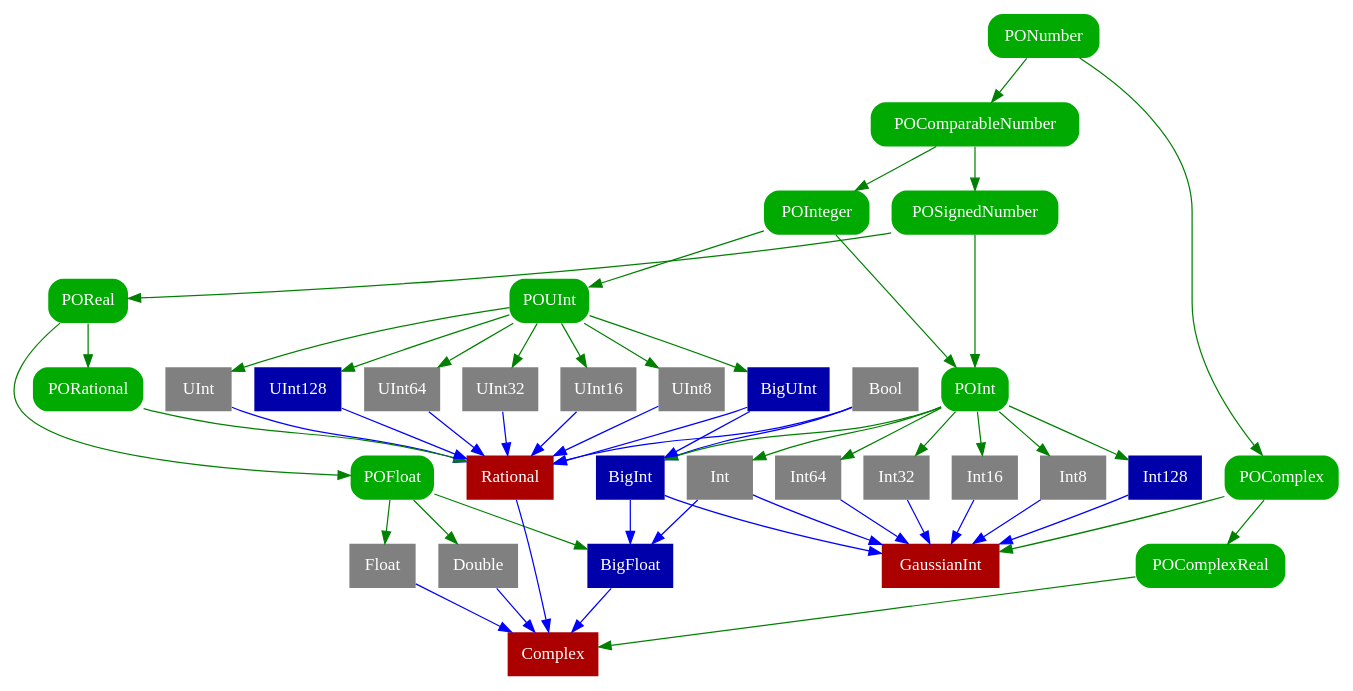
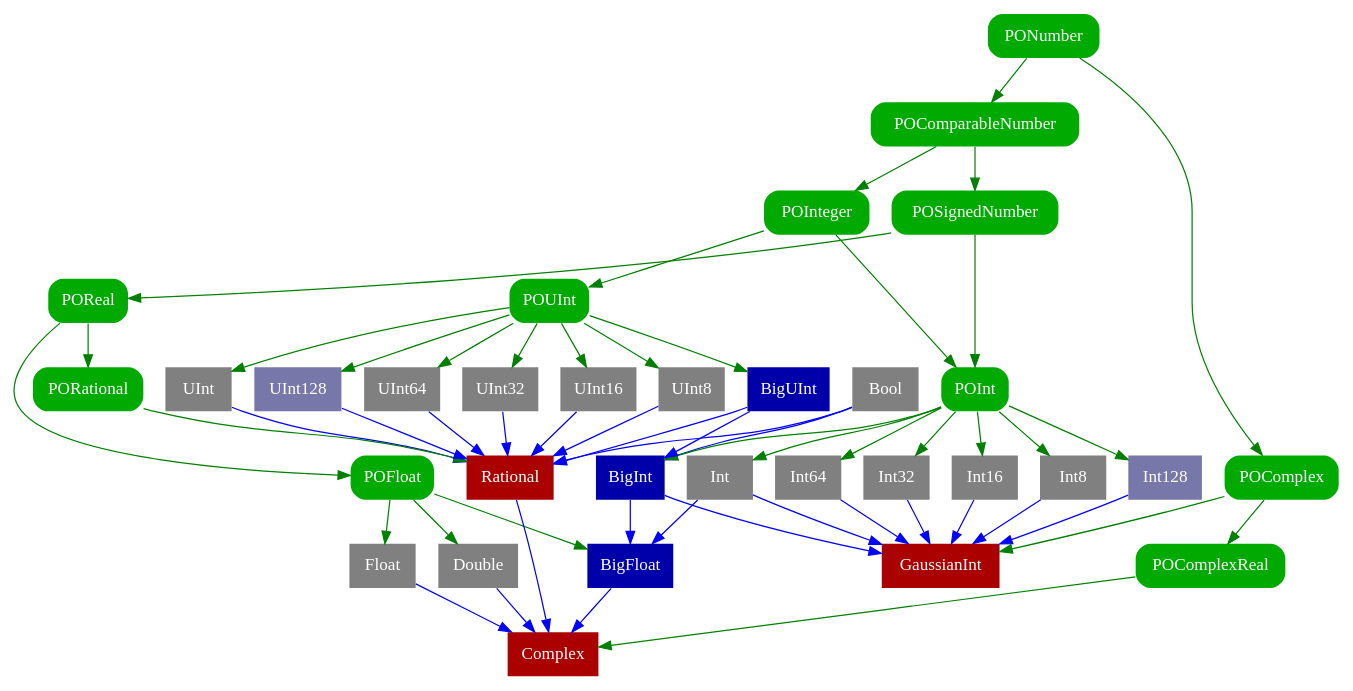
The diagram in graph/typetree.dot (dankogai/swift2-pons), drawn with Graphviz before and after one commit. The commit also changed 4 other files, not shown here.

Commit message:
cleanup .isprime; update graph

```diff
--- a/graph/typetree.dot
+++ b/graph/typetree.dot
@@ -1,79 +1,81 @@
 digraph typetree {
   node [
     shape = box
     style = "filled, rounded"
     peripheries = 0
     fontname = "San Francisco"
     fontcolor = white
     fillcolor = "#aaaaaa"
   ]
   edge [
      color = green
   ]
   node [ fillcolor = gray style = "filled"]
   Bool
   Int64 Int32 Int16 Int8 Int UInt64 UInt32 UInt16 UInt8 UInt
   Double Float
   node [ fillcolor = "#00aa00" style = "filled, rounded"]
   PONumber POComparableNumber POSignedNumber POInteger
   POUInt POInt POReal POFloat POComplex POComplexReal PORational
   node [ fillcolor = "#0000aa" style="filled"]
-  BigUInt BigInt BigFloat UInt128 Int128
+  BigUInt BigInt BigFloat
+  node [ fillcolor = "#7777aa" style="filled"]
+  UInt128 Int128
   node [ fillcolor = "#aa0000" style="filled"]
   GaussianInt Complex Rational
 
   BigFloat -> Complex  [ color = blue ]
   BigInt -> BigFloat [ color = blue ]
   BigInt -> GaussianInt [ color = blue ]
   BigUInt -> BigInt [ color = blue ]
   BigUInt -> Rational [ color = blue ]
   Bool -> BigInt [ color = blue ]
   Bool -> Rational [ color = blue ]
   Double -> Complex  [ color = blue ]
   Float -> Complex  [ color = blue ]
   Int -> BigFloat [ color = blue ]
   Int -> GaussianInt [ color = blue ]
   Int128 -> GaussianInt [ color = blue ]
   Int16 -> GaussianInt [ color = blue ]
   Int32 -> GaussianInt [ color = blue ]
   Int64 -> GaussianInt [ color = blue ]
   Int8 -> GaussianInt [ color = blue ]
   POComparableNumber -> POInteger
   POComparableNumber -> POSignedNumber
   POComplex -> GaussianInt
   POComplex -> POComplexReal
   POComplexReal -> Complex
   POFloat -> BigFloat
   POFloat -> Double
   POFloat -> Float
   POInt -> BigInt
   POInt -> Int
   POInt -> Int128
   POInt -> Int16
   POInt -> Int32
   POInt -> Int64
   POInt -> Int8
   POInteger -> POInt  [ color = green ]
   POInteger -> POUInt
   PONumber -> POComparableNumber
   PONumber -> POComplex
   PORational -> Rational
   POReal -> POFloat
   POReal -> PORational
   POSignedNumber -> POInt
   POSignedNumber -> POReal
   POUInt -> BigUInt
   POUInt -> UInt
   POUInt -> UInt128
   POUInt -> UInt16
   POUInt -> UInt32
   POUInt -> UInt64
   POUInt -> UInt8
   Rational -> Complex [ color = blue ]
   UInt -> Rational [ color = blue ]
   UInt128 -> Rational [ color = blue ]
   UInt16 -> Rational [ color = blue ]
   UInt32 -> Rational [ color = blue ]
   UInt64 -> Rational [ color = blue ]
   UInt8  -> Rational [ color = blue ]
 }
```
